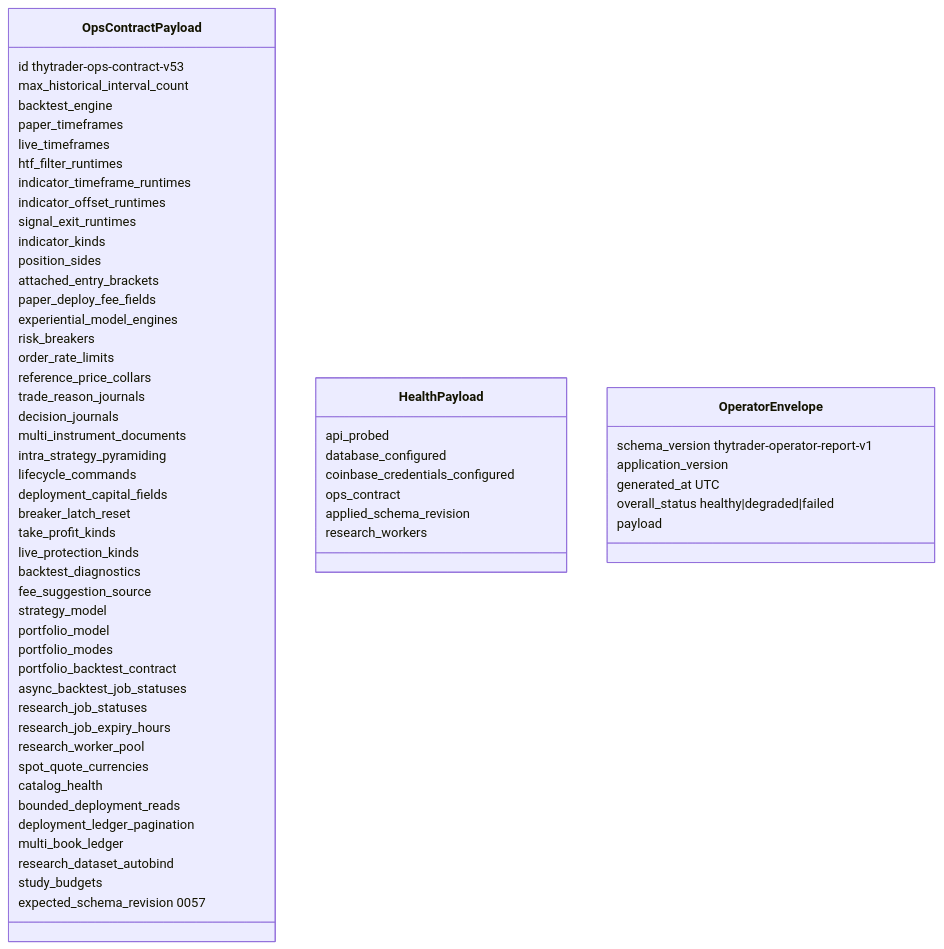
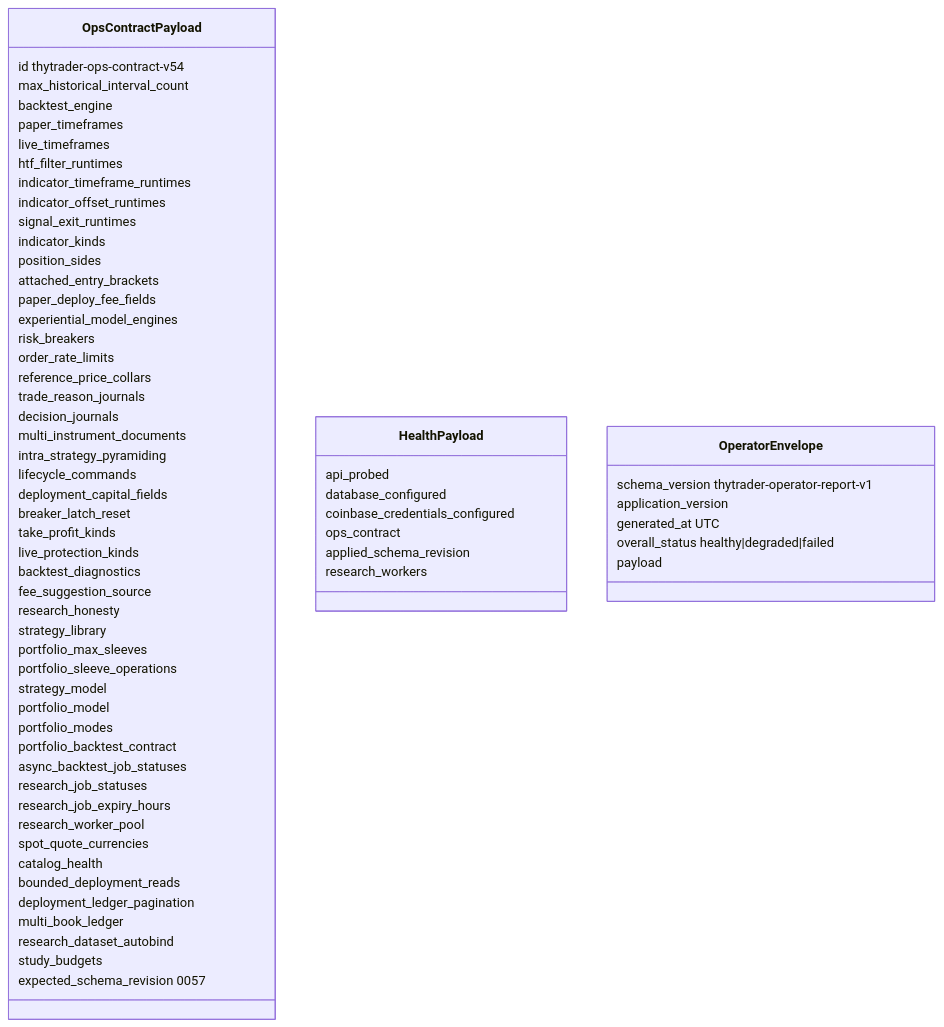
One commit to Zoltesh/thytrader changed the diagram in docs/architecture/contracts/ops-contract.md. Above: the diagram before and after it, drawn with Mermaid. The commit also changed other lines of this file and 71 other files, not shown here.

First line of the commit message:
fix(research): research-surface honesty and agent ergonomics (ADR 0094)

````diff
--- a/docs/architecture/contracts/ops-contract.md
+++ b/docs/architecture/contracts/ops-contract.md
@@ -63,64 +67,68 @@
 ```mermaid
 classDiagram
   class OpsContractPayload {
-    id thytrader-ops-contract-v53
+    id thytrader-ops-contract-v54
     max_historical_interval_count
     backtest_engine
     paper_timeframes
     live_timeframes
     htf_filter_runtimes
     indicator_timeframe_runtimes
     indicator_offset_runtimes
     signal_exit_runtimes
     indicator_kinds
     position_sides
     attached_entry_brackets
     paper_deploy_fee_fields
     experiential_model_engines
     risk_breakers
     order_rate_limits
     reference_price_collars
     trade_reason_journals
     decision_journals
     multi_instrument_documents
     intra_strategy_pyramiding
     lifecycle_commands
     deployment_capital_fields
     breaker_latch_reset
     take_profit_kinds
     live_protection_kinds
     backtest_diagnostics
     fee_suggestion_source
+    research_honesty
+    strategy_library
+    portfolio_max_sleeves
+    portfolio_sleeve_operations
     strategy_model
     portfolio_model
     portfolio_modes
     portfolio_backtest_contract
     async_backtest_job_statuses
     research_job_statuses
     research_job_expiry_hours
     research_worker_pool
     spot_quote_currencies
     catalog_health
     bounded_deployment_reads
     deployment_ledger_pagination
     multi_book_ledger
     research_dataset_autobind
     study_budgets
     expected_schema_revision 0057
   }
   class HealthPayload {
     api_probed
     database_configured
     coinbase_credentials_configured
     ops_contract
     applied_schema_revision
     research_workers
   }
   class OperatorEnvelope {
     schema_version thytrader-operator-report-v1
     application_version
     generated_at UTC
     overall_status healthy|degraded|failed
     payload
   }
 ```
````
